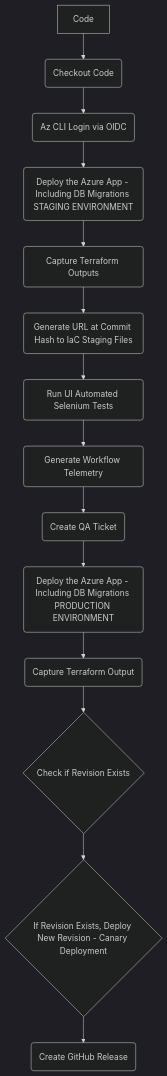
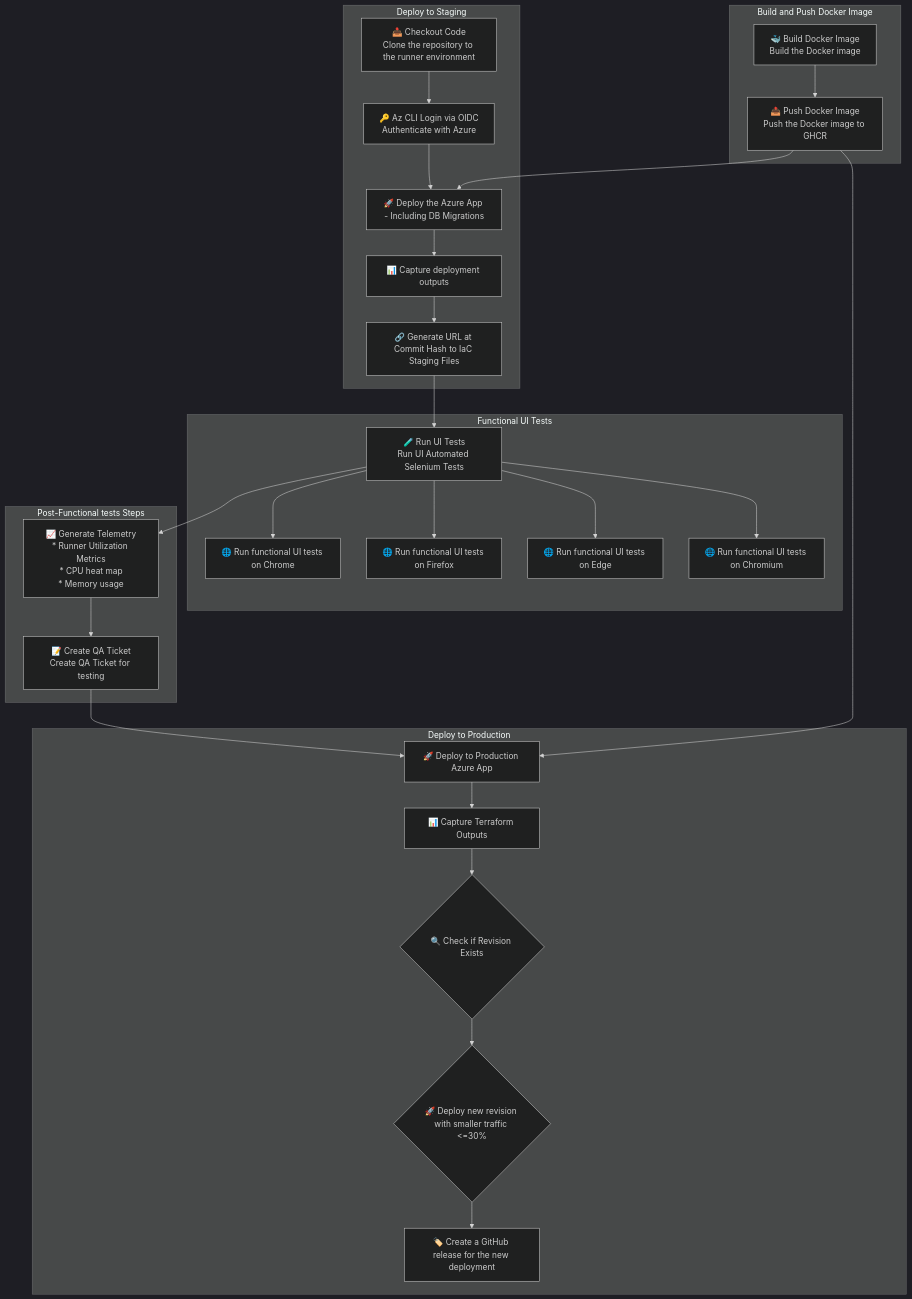
The second of 2 diagrams in README.md (octodemo/dotnet-razor-pages-movie), drawn with Mermaid (dark theme) before and after one commit. The commit also changed other lines of this file, not shown here.

Commit message:
Enhance README.md with detailed application architecture and CI/CD workflow diagrams

````diff
--- a/README.md
+++ b/README.md
@@ -64,16 +115,38 @@
 ```mermaid
 graph TD
-        A[Code] --> B(Checkout Code)
-        B --> C(Az CLI Login via OIDC)
-        C --> D(Deploy the Azure App - Including DB Migrations STAGING ENVIRONMENT)
-        D --> E(Capture Terraform Outputs)
-        E --> F(Generate URL at Commit Hash to IaC Staging Files)
-        F --> G(Run UI Automated Selenium Tests)
-        G --> H(Generate Workflow Telemetry)
-        H --> I(Create QA Ticket)
-        I --> J(Deploy the Azure App - Including DB Migrations PRODUCTION ENVIRONMENT)
-        J --> K(Capture Terraform Output)
-        K --> L{Check if Revision Exists}
-        L --> M{If Revision Exists, Deploy New Revision - Canary Deployment}
-        M --> N(Create GitHub Release)
+    subgraph Build and Push Docker Image
+        A[🐳 Build Docker Image<br>Build the Docker image]
+        A --> B[📤 Push Docker Image<br>Push the Docker image to GHCR]
+    end
+
+    subgraph Deploy to Staging
+        D[📥 Checkout Code<br>Clone the repository to the runner environment] --> E[🔑 Az CLI Login via OIDC<br>Authenticate with Azure]
+        E --> F[🚀 Deploy the Azure App - Including DB Migrations]
+        F --> G[📊 Capture deployment outputs]
+        G --> H[🔗 Generate URL at Commit Hash to IaC Staging Files]
+    end
+
+    subgraph Functional UI Tests
+        H --> I[🧪 Run UI Tests<br>Run UI Automated Selenium Tests]
+        I --> Q1[🌐 Run functional UI tests on Chrome]
+        I --> Q2[🌐 Run functional UI tests on Firefox]
+        I --> Q3[🌐 Run functional UI tests on Edge]
+        I --> Q4[🌐 Run functional UI tests on Chromium]
+    end
+
+    subgraph Post-Functional tests Steps
+        I --> J[📈 Generate Telemetry<br>* Runner Utilization Metrics<br>* CPU heat map<br>* Memory usage]
+        J --> K[📝 Create QA Ticket<br>Create QA Ticket for testing]
+    end
+
+    subgraph Deploy to Production
+        K --> L[🚀 Deploy to Production Azure App]
+        L --> M[📊 Capture Terraform Outputs]
+        M --> N{🔍 Check if Revision Exists}
+        N --> O{🚀 Deploy new revision with smaller traffic <=30%}
+        O --> P[🏷️ Create a GitHub release for the new deployment]
+    end
+
+    B --> F
+    B --> L
 ```
````
